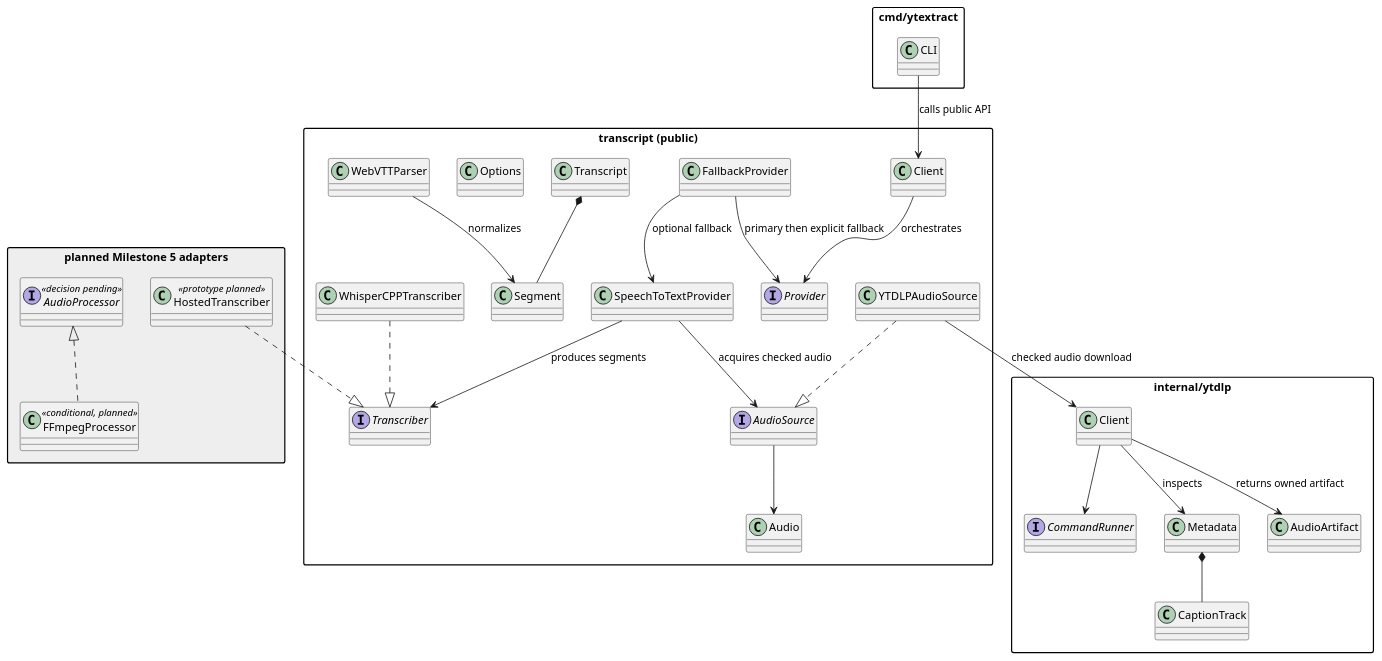
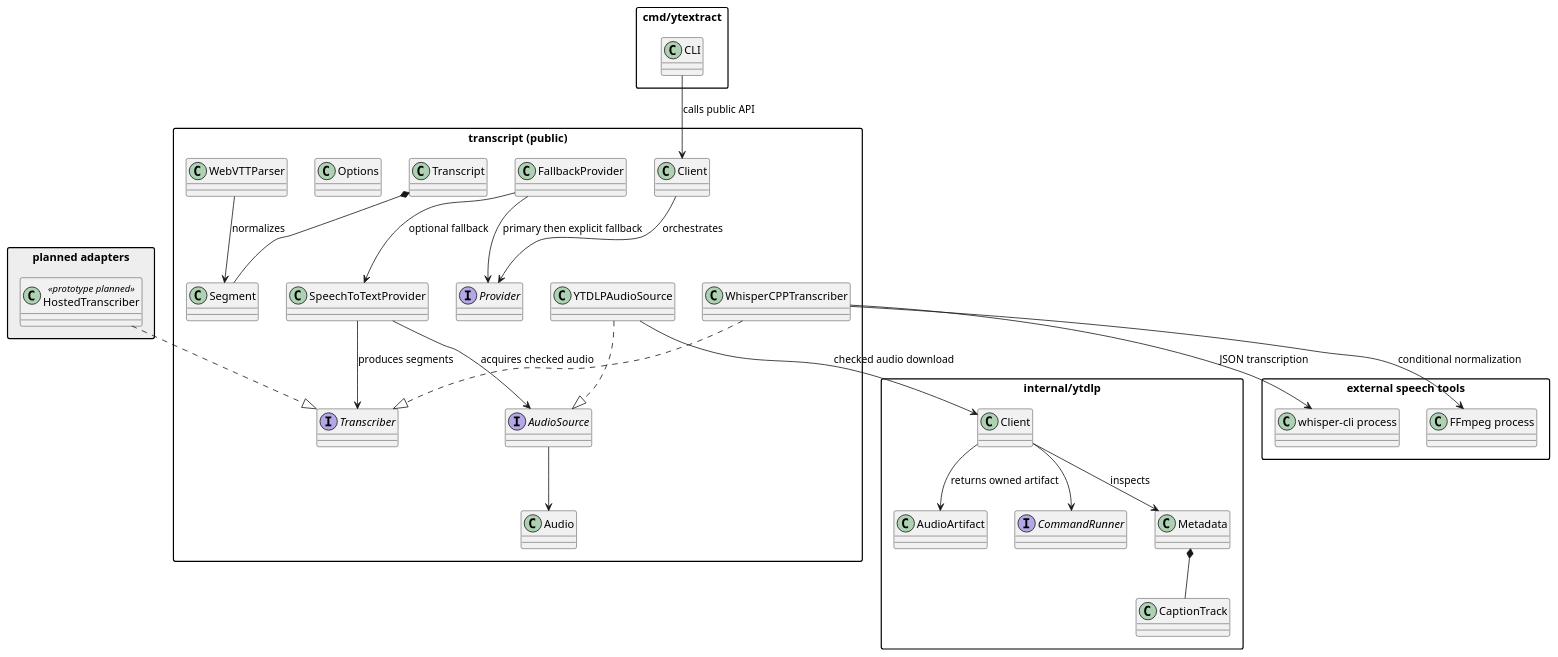
One commit to mpsanders/voxscripta changed the diagram in docs/uml/packages.puml. Above: the diagram before and after it, drawn with PlantUML. The commit also changed 5 other files, not shown here.

```diff
--- a/docs/uml/packages.puml
+++ b/docs/uml/packages.puml
@@ -1,56 +1,60 @@
 @startuml
 skinparam packageStyle rectangle
 
 package "transcript (public)" {
   class Transcript
   class Segment
   class "Client" as PublicClient
   interface Provider
   class FallbackProvider
   class SpeechToTextProvider
   interface AudioSource
   class YTDLPAudioSource
   interface Transcriber
   class WhisperCPPTranscriber
   class Audio
   class Options
   class WebVTTParser
 }
 
 package "internal/ytdlp" {
   class "Client" as YTDLPClient
   interface CommandRunner
   class Metadata
   class CaptionTrack
   class AudioArtifact
 }
 
-package "planned Milestone 5 adapters" #EEEEEE {
-  interface AudioProcessor <<decision pending>>
-  class FFmpegProcessor <<conditional, planned>>
+package "external speech tools" {
+  class "whisper-cli process" as WhisperCLI
+  class "FFmpeg process" as FFmpeg
+}
+
+package "planned adapters" #EEEEEE {
   class HostedTranscriber <<prototype planned>>
 }
 
 package "cmd/ytextract" {
   class CLI
 }
 
 CLI --> PublicClient : calls public API
 PublicClient --> Provider : orchestrates
 FallbackProvider --> Provider : primary then explicit fallback
 FallbackProvider --> SpeechToTextProvider : optional fallback
 SpeechToTextProvider --> AudioSource : acquires checked audio
 SpeechToTextProvider --> Transcriber : produces segments
 AudioSource --> Audio
 YTDLPAudioSource ..|> AudioSource
 YTDLPAudioSource --> YTDLPClient : checked audio download
 YTDLPClient --> AudioArtifact : returns owned artifact
-AudioProcessor <|.. FFmpegProcessor
 WhisperCPPTranscriber ..|> Transcriber
+WhisperCPPTranscriber --> WhisperCLI : JSON transcription
+WhisperCPPTranscriber --> FFmpeg : conditional normalization
 HostedTranscriber ..|> Transcriber
 YTDLPClient --> CommandRunner
 YTDLPClient --> Metadata : inspects
 Metadata *-- CaptionTrack
 Transcript *-- Segment
 WebVTTParser --> Segment : normalizes
 @enduml
```
